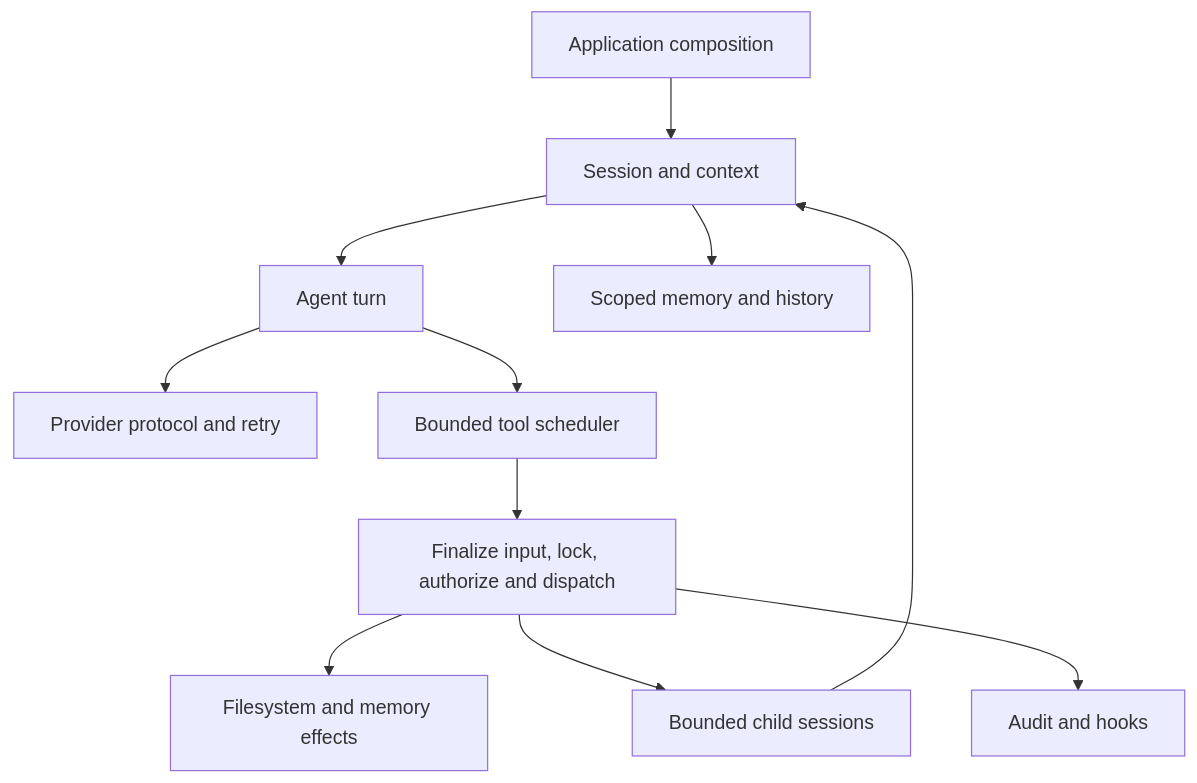
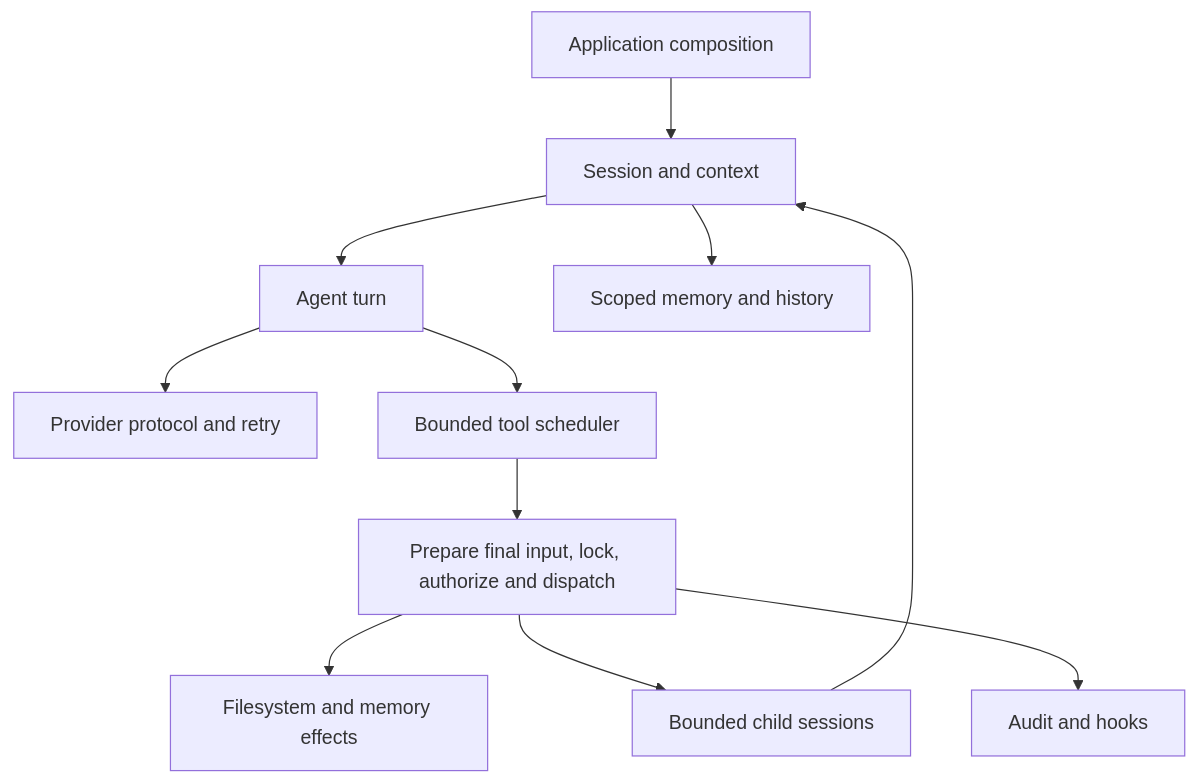
One commit to huxint/orangutan-agent changed the diagram in docs/ARCHITECTURE.md. Above: the diagram before and after it, drawn with Mermaid. The commit also changed other lines of this file and 18 other files, not shown here.

````diff
--- a/docs/ARCHITECTURE.md
+++ b/docs/ARCHITECTURE.md
@@ -22,13 +22,13 @@
 ```mermaid
 flowchart TD
   app[Application composition] --> session[Session and context]
   session --> loop[Agent turn]
   session --> memory[Scoped memory and history]
   loop --> provider[Provider protocol and retry]
   loop --> scheduler[Bounded tool scheduler]
-  scheduler --> dispatch[Finalize input, lock, authorize and dispatch]
+  scheduler --> dispatch[Prepare final input, lock, authorize and dispatch]
   dispatch --> effects[Filesystem and memory effects]
   dispatch --> children[Bounded child sessions]
   children --> session
   dispatch --> audit[Audit and hooks]
 ```
````
